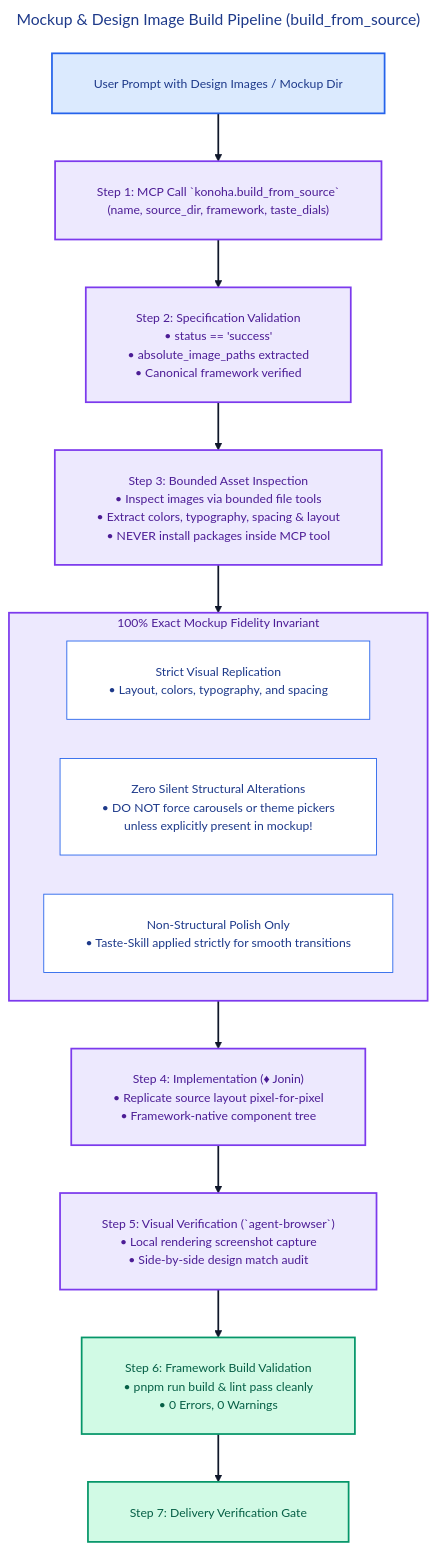
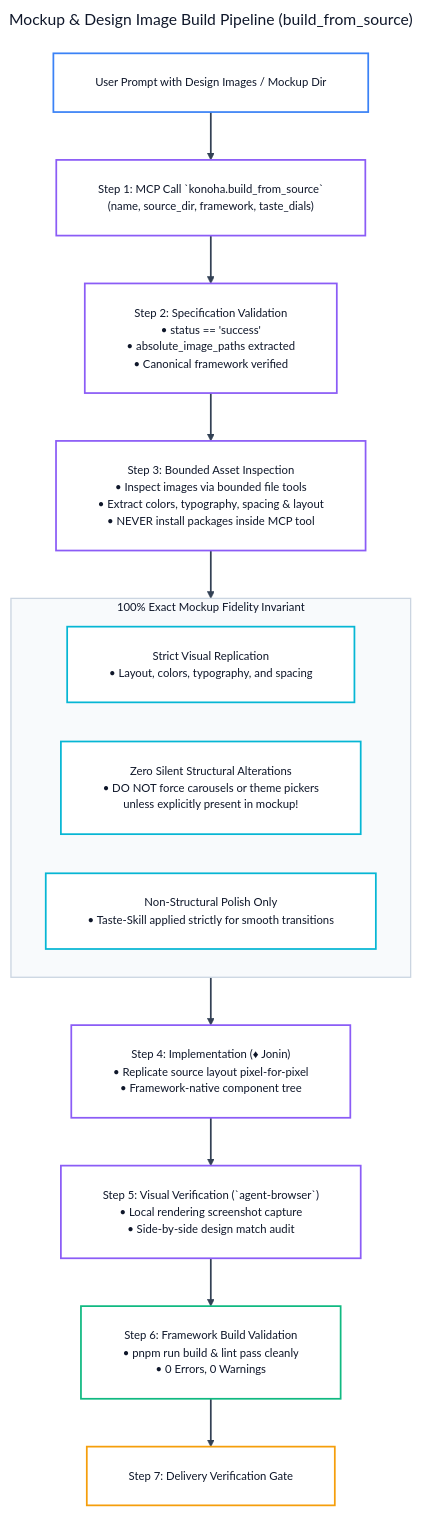
Before and after one commit to andycungkrinx91/konoha: the fifth of 14 diagrams in docs/ALL-WORKFLOW-DIAGRAMS.md, drawn with Mermaid. The commit also changed other lines of this file and 107 other files, not shown here.

````diff
--- a/docs/ALL-WORKFLOW-DIAGRAMS.md
+++ b/docs/ALL-WORKFLOW-DIAGRAMS.md
@@ -273,50 +304,60 @@
 ```mermaid
 ---
 title: Mockup & Design Image Build Pipeline (build_from_source)
 config:
   theme: base
   themeVariables:
+    darkMode: false
     background: '#ffffff'
     mainBkg: '#ffffff'
-    primaryColor: '#dbeafe'
-    primaryTextColor: '#1e3a8a'
-    primaryBorderColor: '#2563eb'
-    lineColor: '#0f172a'
-    arrowheadColor: '#0f172a'
-    fontFamily: 'Inter, system-ui, sans-serif'
-    fontSize: '14px'
+    primaryColor: '#ffffff'
+    primaryTextColor: '#0f172a'
+    primaryBorderColor: '#3b82f6'
+    lineColor: '#334155'
+    arrowheadColor: '#334155'
+    secondaryColor: '#f8fafc'
+    tertiaryColor: '#ffffff'
+    fontFamily: 'Inter, system-ui, -apple-system, sans-serif'
+    fontSize: '13px'
   flowchart:
     nodeSpacing: 45
     rankSpacing: 55
     padding: 24
     wrappingWidth: 380
 ---
 flowchart TD
     SourceDesign["User Prompt with Design Images / Mockup Dir"] --> Step1["Step 1: MCP Call `konoha.build_from_source`<br/>(name, source_dir, framework, taste_dials)"]
     Step1 --> Step2["Step 2: Specification Validation<br/>• status == 'success'<br/>• absolute_image_paths extracted<br/>• Canonical framework verified"]
 
-    Step2 --> Step3["Step 3: Bounded Asset Inspection<br/>• Inspect images via bounded file tools<br/>• Extract colors, typography, spacing & layout<br/>• NEVER install packages inside MCP tool"]
+    Step2 --> Step3["Step 3: Bounded Asset Inspection<br/>• Inspect images via bounded file tools<br/>• Extract colors, typography, spacing &amp; layout<br/>• NEVER install packages inside MCP tool"]
 
     subgraph FidelityRule ["100% Exact Mockup Fidelity Invariant"]
         F1["Strict Visual Replication<br/>• Layout, colors, typography, and spacing"]
         F2["Zero Silent Structural Alterations<br/>• DO NOT force carousels or theme pickers<br/>unless explicitly present in mockup!"]
         F3["Non-Structural Polish Only<br/>• Taste-Skill applied strictly for smooth transitions"]
     end
 
     Step3 --> FidelityRule
     FidelityRule --> Step4["Step 4: Implementation (♦ Jonin)<br/>• Replicate source layout pixel-for-pixel<br/>• Framework-native component tree"]
 
     Step4 --> Step5["Step 5: Visual Verification (`agent-browser`)<br/>• Local rendering screenshot capture<br/>• Side-by-side design match audit"]
 
-    Step5 --> Step6["Step 6: Framework Build Validation<br/>• pnpm run build & lint pass cleanly<br/>• 0 Errors, 0 Warnings"]
+    Step5 --> Step6["Step 6: Framework Build Validation<br/>• pnpm run build &amp; lint pass cleanly<br/>• 0 Errors, 0 Warnings"]
 
     Step6 --> Step7["Step 7: Delivery Verification Gate"]
 
-    linkStyle default stroke:#0f172a,stroke-width:2px;
-    classDef start fill:#dbeafe,stroke:#2563eb,color:#1e3a8a,stroke-width:2px;
-    classDef process fill:#ede9fe,stroke:#7c3aed,color:#4c1d95,stroke-width:2px;
-    classDef finish fill:#d1fae5,stroke:#059669,color:#065f46,stroke-width:2px;
-    class SourceDesign start;
-    class Step1,Step2,Step3,FidelityRule,Step4,Step5 process;
-    class Step6,Step7 finish;
+    linkStyle default stroke:#334155,stroke-width:2px;
+    style FidelityRule fill:#f8fafc,stroke:#cbd5e1,stroke-width:1.5px,color:#0f172a;
+
+    classDef startNode fill:#ffffff,stroke:#3b82f6,color:#0f172a,stroke-width:2px;
+    classDef processNode fill:#ffffff,stroke:#8b5cf6,color:#0f172a,stroke-width:2px;
+    classDef ruleNode fill:#ffffff,stroke:#06b6d4,color:#0f172a,stroke-width:2px;
+    classDef valNode fill:#ffffff,stroke:#10b981,color:#0f172a,stroke-width:2px;
+    classDef gateNode fill:#ffffff,stroke:#f59e0b,color:#0f172a,stroke-width:2px;
+
+    class SourceDesign startNode;
+    class Step1,Step2,Step3,Step4,Step5 processNode;
+    class F1,F2,F3 ruleNode;
+    class Step6 valNode;
+    class Step7 gateNode;
 ```
````
